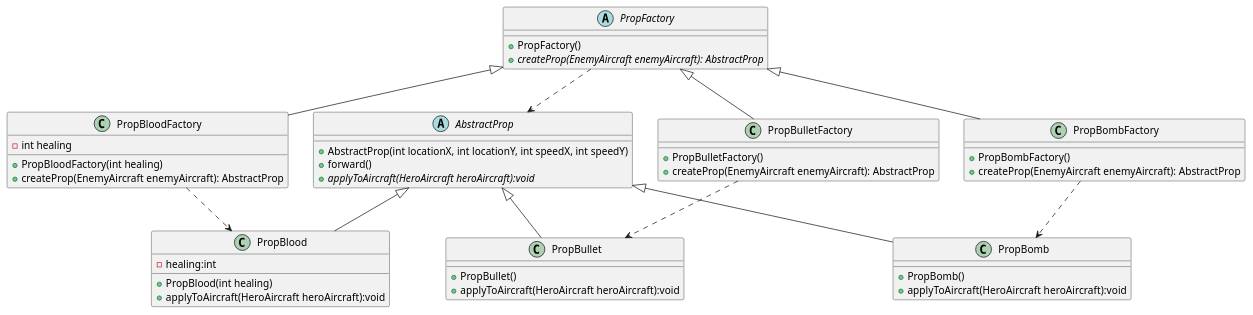
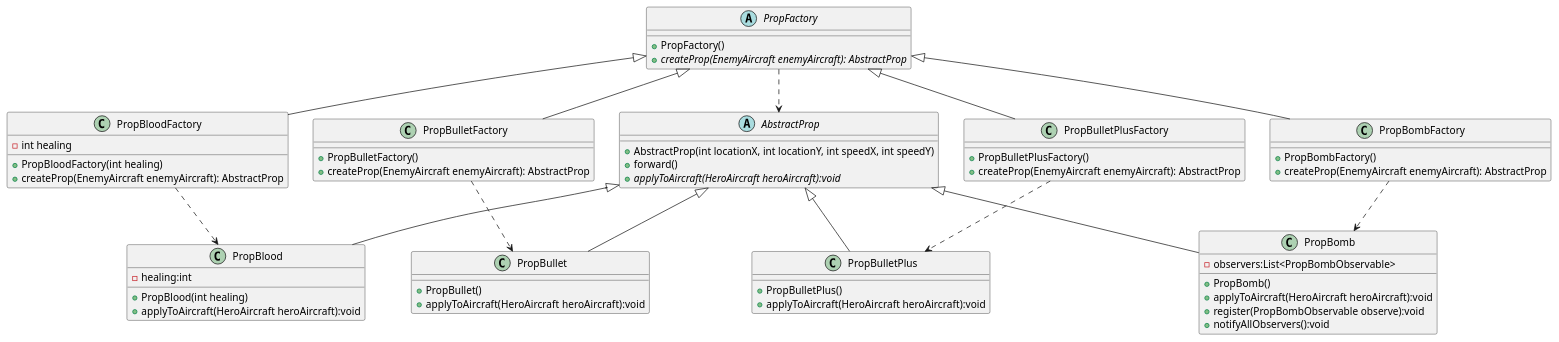
The diagram in uml/Prop.puml (dodododddo/Aircraft2024-base), drawn with PlantUML before and after one commit. The commit also changed 37 other files, not shown here.

```diff
--- a/uml/Prop.puml
+++ b/uml/Prop.puml
@@ -1,63 +1,79 @@
 @startuml
 'https://plantuml.com/class-diagram
 
 abstract class AbstractProp{
     + AbstractProp(int locationX, int locationY, int speedX, int speedY)
     + forward()
     + {abstract} applyToAircraft(HeroAircraft heroAircraft):void
  }
 
 class PropBlood{
     - healing:int
     + PropBlood(int healing)
     + applyToAircraft(HeroAircraft heroAircraft):void
 }
 
 class PropBullet{
     + PropBullet()
     + applyToAircraft(HeroAircraft heroAircraft):void
 }
 
+class PropBulletPlus{
+    + PropBulletPlus()
+    + applyToAircraft(HeroAircraft heroAircraft):void
+}
+
 class PropBomb{
+    - observers:List<PropBombObservable>
     + PropBomb()
     + applyToAircraft(HeroAircraft heroAircraft):void
+    + register(PropBombObservable observe):void
+    + notifyAllObservers():void
 }
 
 abstract class PropFactory{
     + PropFactory()
     + {abstract}createProp(EnemyAircraft enemyAircraft): AbstractProp
 }
 
 class PropBloodFactory{
     - int healing
     + PropBloodFactory(int healing)
     + createProp(EnemyAircraft enemyAircraft): AbstractProp
 }
 
 class PropBulletFactory{
     + PropBulletFactory()
     + createProp(EnemyAircraft enemyAircraft): AbstractProp
 }
 
+class PropBulletPlusFactory{
+    + PropBulletPlusFactory()
+    + createProp(EnemyAircraft enemyAircraft): AbstractProp
+}
+
 class PropBombFactory{
     + PropBombFactory()
     + createProp(EnemyAircraft enemyAircraft): AbstractProp
 }
 
 AbstractProp <|-- PropBlood
 AbstractProp <|-- PropBullet
 AbstractProp <|-- PropBomb
+AbstractProp <|-- PropBulletPlus
 PropFactory <|-- PropBloodFactory
 PropFactory <|-- PropBulletFactory
+PropFactory <|-- PropBulletPlusFactory
 PropFactory <|-- PropBombFactory
 
 PropFactory ..> AbstractProp
 PropBloodFactory ..> PropBlood
 PropBulletFactory ..> PropBullet
+PropBulletPlusFactory ..> PropBulletPlus
 PropBombFactory ..> PropBomb
 
 
 
 
 
 @enduml
```
